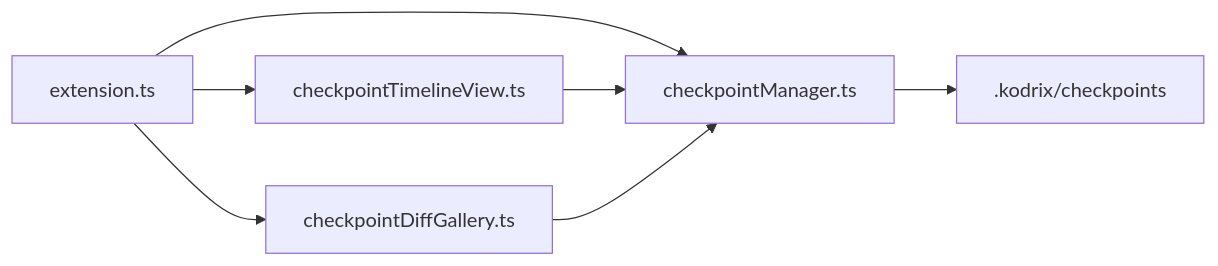
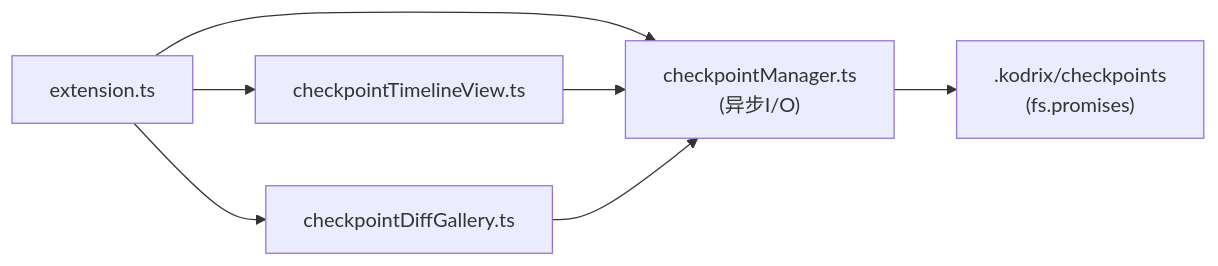
One commit to sofate798/KodrixCode changed the sixth of 6 diagrams in .qoder/repowiki/zh/content/架构设计/Agent 操作系统架构/检查点可视化系统.md. Above: the diagram before and after it, drawn with Mermaid. The commit also changed other lines of this file and 9 other files, not shown here.

````diff
--- a/.qoder/repowiki/zh/content/架构设计/Agent 操作系统架构/检查点可视化系统.md
+++ b/.qoder/repowiki/zh/content/架构设计/Agent 操作系统架构/检查点可视化系统.md
@@ -232,9 +256,9 @@
 ```mermaid
 graph LR
-EXT["extension.ts"] --> MGR["checkpointManager.ts"]
+EXT["extension.ts"] --> MGR["checkpointManager.ts<br/>(异步I/O)"]
 EXT --> TIM["checkpointTimelineView.ts"]
 EXT --> GAL["checkpointDiffGallery.ts"]
 TIM --> MGR
 GAL --> MGR
-MGR --> FS[".kodrix/checkpoints"]
+MGR --> FS[".kodrix/checkpoints<br/>(fs.promises)"]
 ```
````
